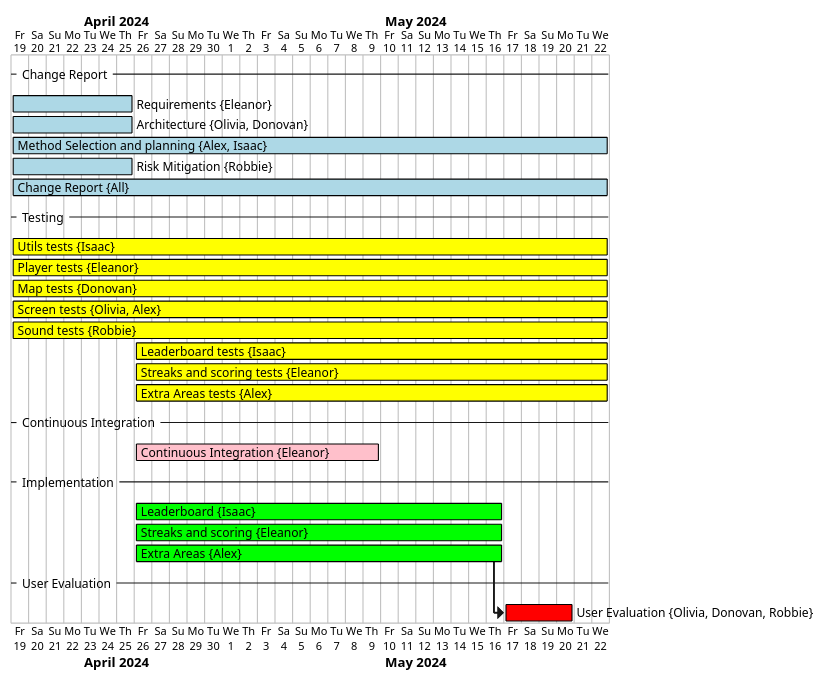
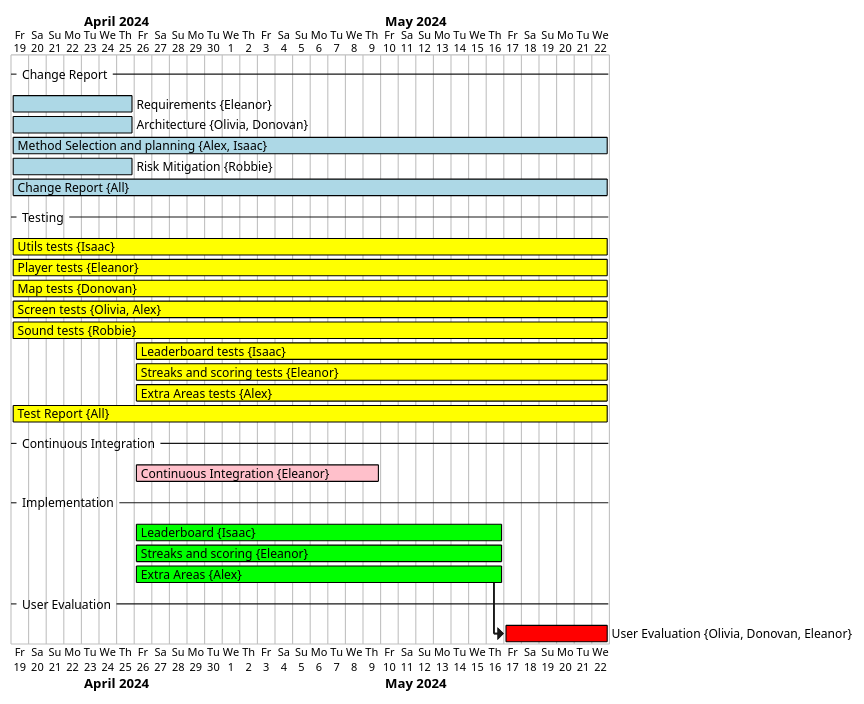
Before and after one commit to E-Bickell/ENG1_2: the diagram in plantUML diagrams/Week 5.puml, drawn with PlantUML. The commit also changed 4 other files, not shown here.

First line of the commit message:
Updated Gantt charts

```diff
--- a/plantUML diagrams/Week 5.puml
+++ b/plantUML diagrams/Week 5.puml
@@ -1,74 +1,77 @@
 @startgantt
 hide resources footbox
 -- Change Report --
 [Requirements] on {Eleanor} lasts 7 days
 [Architecture] on {Olivia, Donovan} lasts 7 days
 [Method Selection and planning] on {Alex, Isaac} lasts 34 days
 [Risk Mitigation] on {Robbie} lasts 7 days
 [Change Report] on {All} lasts 34 days
 -- Testing --
 [Utils tests] on {Isaac} lasts 34 days
 [Player tests] on {Eleanor} lasts 34 days
 [Map tests] on {Donovan} lasts 34 days
 [Screen tests] on {Olivia, Alex} lasts 34 days
 [Sound tests] on {Robbie} lasts 34 days
 [Leaderboard tests] on {Isaac} lasts 27 days
 [Streaks and scoring tests] on {Eleanor} lasts 27 days
 [Extra Areas tests] on {Alex} lasts 27 days
+[Test Report] on {All} lasts 34 days
 -- Continuous Integration --
 [Continuous Integration] on {Eleanor} lasts 14 days
 -- Implementation --
 [Leaderboard] on {Isaac} lasts 21 days
 [Streaks and scoring] on {Eleanor} lasts 21 days
 [Extra Areas] on {Alex} lasts 21 days
 -- User Evaluation --
-then [User Evaluation] on {Olivia, Donovan, Robbie} lasts 4 days
+then [User Evaluation] on {Olivia, Donovan, Eleanor} lasts 6 days
 
 [Requirements] is colored in LightBlue/Black
 [Architecture] is colored in LightBlue/Black
 [Method Selection and planning] is colored in LightBlue/Black
 [Risk Mitigation] is colored in LightBlue/Black
 [Change Report] is colored in LightBlue/Black
 
 [Utils tests] is colored in Yellow/Black
 [Player tests] is colored in Yellow/Black
 [Map tests] is colored in Yellow/Black
 [Screen tests] is colored in Yellow/Black
 [Sound tests] is colored in Yellow/Black
 [Leaderboard tests] is colored in Yellow/Black
 [Streaks and scoring tests] is colored in Yellow/Black
 [Extra Areas tests] is colored in Yellow/Black
+[Test Report] is colored in Yellow/Black
 
 [Continuous Integration] is colored in Pink/Black
 
 [Leaderboard] is colored in Lime/Black
 [Streaks and scoring] is colored in Lime/Black
 [Extra Areas] is colored in Lime/Black
 
 [User Evaluation] is coloured in Red/Black
 
 Project starts 2024-04-19
 
 [Requirements] starts 2024-04-19
 [Architecture] starts 2024-04-19
 [Method Selection and planning] starts 2024-04-19
 [Risk Mitigation] starts 2024-04-19
 [Change Report] starts 2024-04-19
 
 [Utils tests] starts 2024-04-19
 [Player tests] starts 2024-04-19
 [Map tests] starts 2024-04-19
 [Screen tests] starts 2024-04-19
 [Sound tests] starts 2024-04-19
 [Leaderboard tests] starts 2024-04-26
 [Streaks and scoring tests] starts 2024-04-26
 [Extra Areas tests] starts 2024-04-26
+[Test Report] starts 2024-04-19
 
 [Continuous Integration] starts at 2024-04-26
 
 [Leaderboard] starts at 2024-04-26
 [Streaks and scoring] starts at 2024-04-26
 [Extra Areas] starts at 2024-04-26
 
 [User Evaluation] starts at [Extra Areas]'s end
 @endgantt
```
